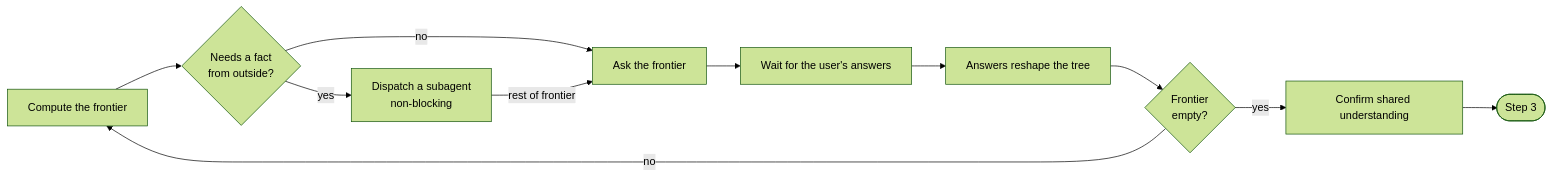
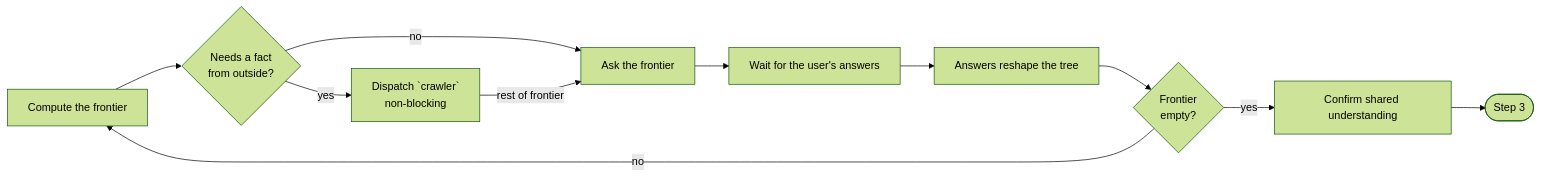
One commit to anhtrinh919/autobuild changed the diagram in skills/explore/SKILL.md. Above: the diagram before and after it, drawn with Mermaid (forest theme). The commit also changed other lines of this file and 3 other files, not shown here.

First line of the commit message:
Name the crawler agent explicitly for every external-research dispatch

````diff
--- a/skills/explore/SKILL.md
+++ b/skills/explore/SKILL.md
@@ -61,13 +61,13 @@
 ```mermaid
 flowchart LR
     compute[Compute the frontier] --> fact{Needs a fact\nfrom outside?}
-    fact -->|yes| dispatch[Dispatch a subagent\nnon-blocking]
+    fact -->|yes| dispatch[Dispatch `crawler`\nnon-blocking]
     fact -->|no| ask[Ask the frontier]
     dispatch -->|rest of frontier| ask
     ask --> wait[Wait for the user's answers]
     wait --> reshape[Answers reshape the tree]
     reshape --> empty{Frontier\nempty?}
     empty -->|no| compute
     empty -->|yes| confirm[Confirm shared understanding]
     confirm --> next([Step 3])
 ```
````
